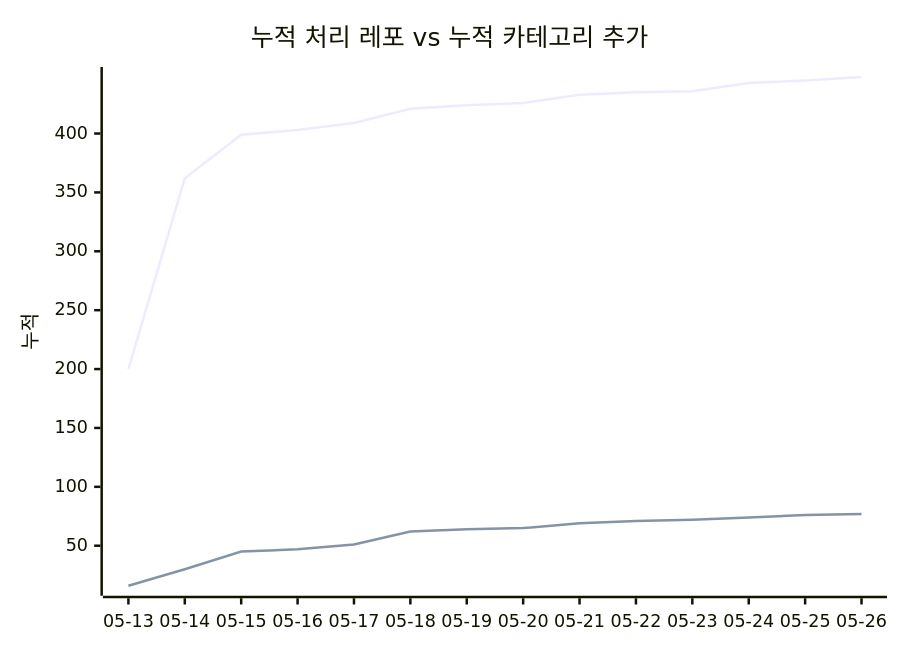
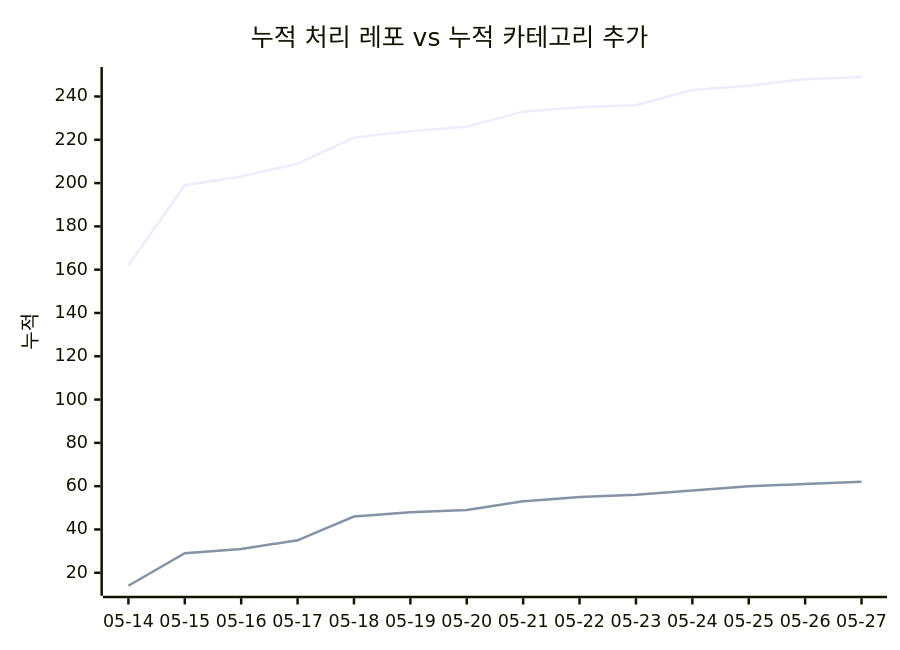
Before and after one commit to J-nowcow/awesome-korean-agent-skills: the second of 2 diagrams in docs/trends.md, drawn with Mermaid. The commit also changed other lines of this file and 4 other files, not shown here.

````diff
--- a/docs/trends.md
+++ b/docs/trends.md
@@ -68,8 +68,8 @@
 ```mermaid
 xychart-beta
     title "누적 처리 레포 vs 누적 카테고리 추가"
-    x-axis ["05-13","05-14","05-15","05-16","05-17","05-18","05-19","05-20","05-21","05-22","05-23","05-24","05-25","05-26"]
+    x-axis ["05-14","05-15","05-16","05-17","05-18","05-19","05-20","05-21","05-22","05-23","05-24","05-25","05-26","05-27"]
     y-axis "누적"
-    line [200,362,399,403,409,421,424,426,433,435,436,443,445,448]
-    line [16,30,45,47,51,62,64,65,69,71,72,74,76,77]
+    line [162,199,203,209,221,224,226,233,235,236,243,245,248,249]
+    line [14,29,31,35,46,48,49,53,55,56,58,60,61,62]
 ```
````
